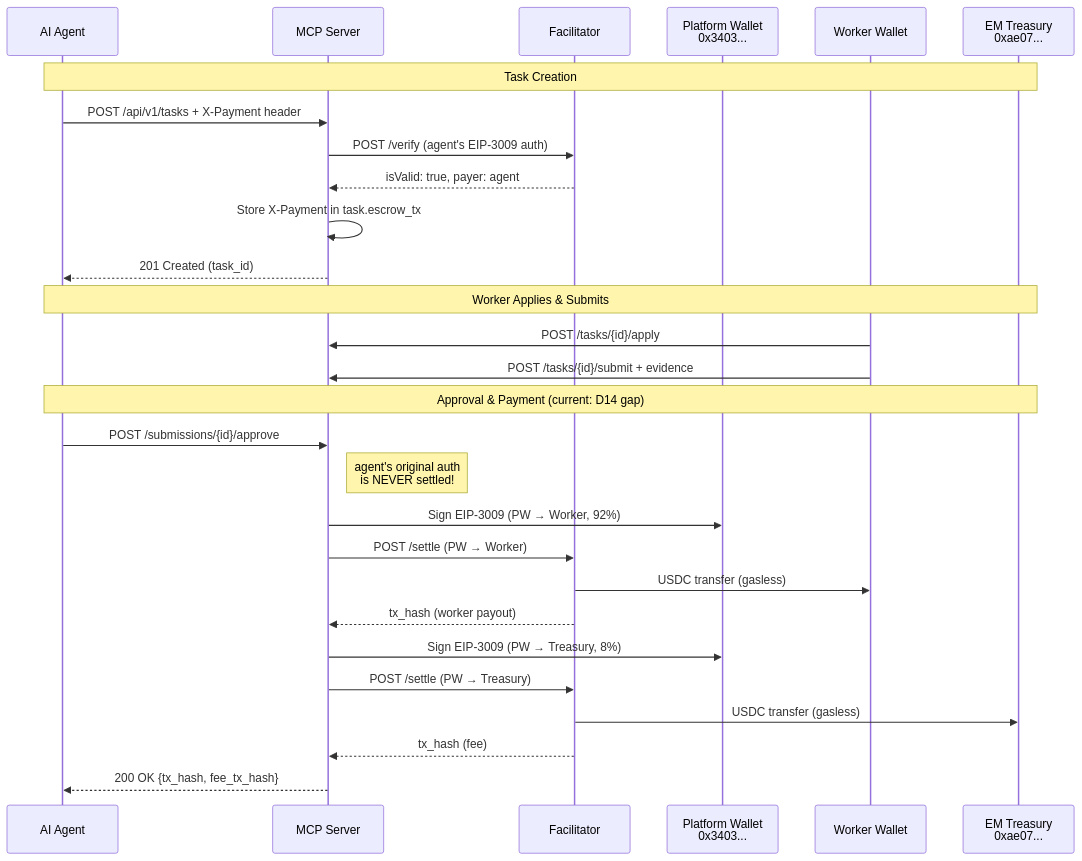
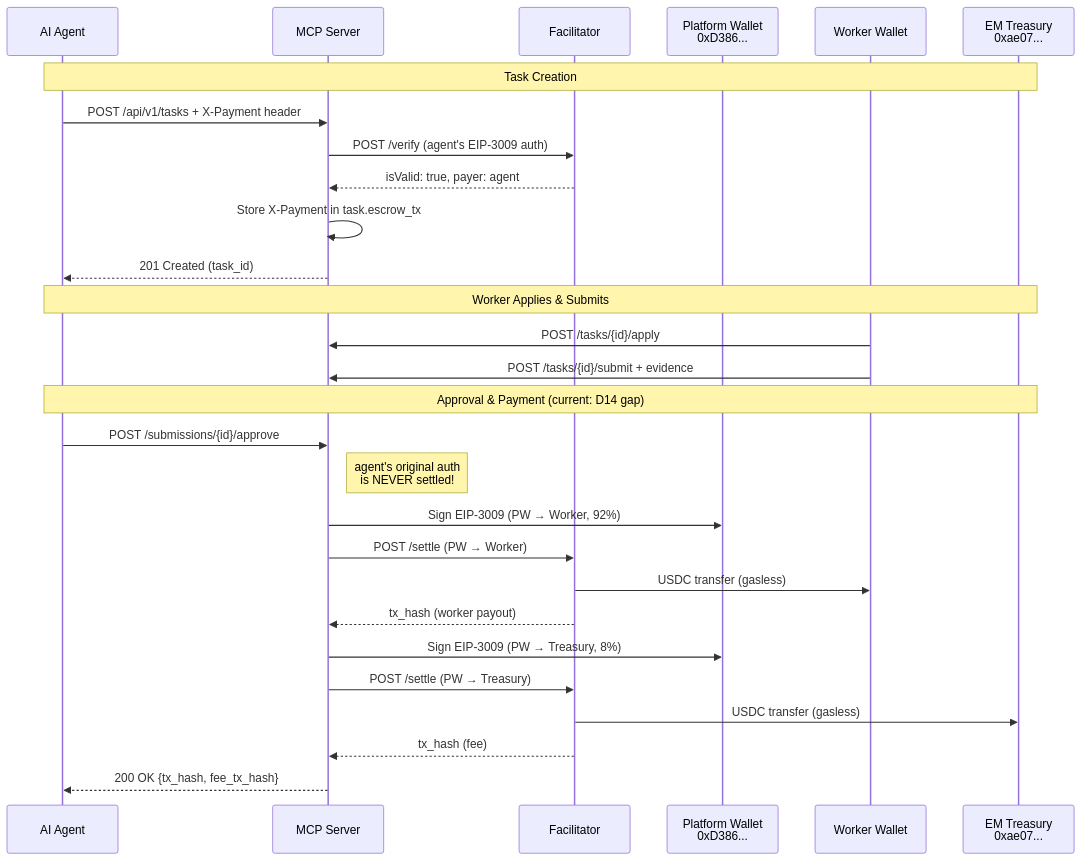
The first of 5 diagrams in docs/planning/PAYMENT_ARCHITECTURE.md (UltravioletaDAO/execution-market), drawn with Mermaid before and after one commit. The commit also changed other lines of this file and 24 other files, not shown here.

````diff
--- a/docs/planning/PAYMENT_ARCHITECTURE.md
+++ b/docs/planning/PAYMENT_ARCHITECTURE.md
@@ -11,33 +11,33 @@
 ```mermaid
 sequenceDiagram
     participant Agent as AI Agent
     participant MCP as MCP Server
     participant Fac as Facilitator
-    participant PW as Platform Wallet<br/>0x3403...
+    participant PW as Platform Wallet<br/>0xD386...
     participant Worker as Worker Wallet
     participant Treasury as EM Treasury<br/>0xae07...
 
     Note over Agent,Treasury: Task Creation
     Agent->>MCP: POST /api/v1/tasks + X-Payment header
     MCP->>Fac: POST /verify (agent's EIP-3009 auth)
     Fac-->>MCP: isValid: true, payer: agent
     MCP->>MCP: Store X-Payment in task.escrow_tx
     MCP-->>Agent: 201 Created (task_id)
 
     Note over Agent,Treasury: Worker Applies & Submits
     Worker->>MCP: POST /tasks/{id}/apply
     Worker->>MCP: POST /tasks/{id}/submit + evidence
 
     Note over Agent,Treasury: Approval & Payment (current: D14 gap)
     Agent->>MCP: POST /submissions/{id}/approve
     Note right of MCP: agent's original auth<br/>is NEVER settled!
     MCP->>PW: Sign EIP-3009 (PW → Worker, 92%)
     MCP->>Fac: POST /settle (PW → Worker)
     Fac->>Worker: USDC transfer (gasless)
     Fac-->>MCP: tx_hash (worker payout)
     MCP->>PW: Sign EIP-3009 (PW → Treasury, 8%)
     MCP->>Fac: POST /settle (PW → Treasury)
     Fac->>Treasury: USDC transfer (gasless)
     Fac-->>MCP: tx_hash (fee)
     MCP-->>Agent: 200 OK {tx_hash, fee_tx_hash}
 ```
````
